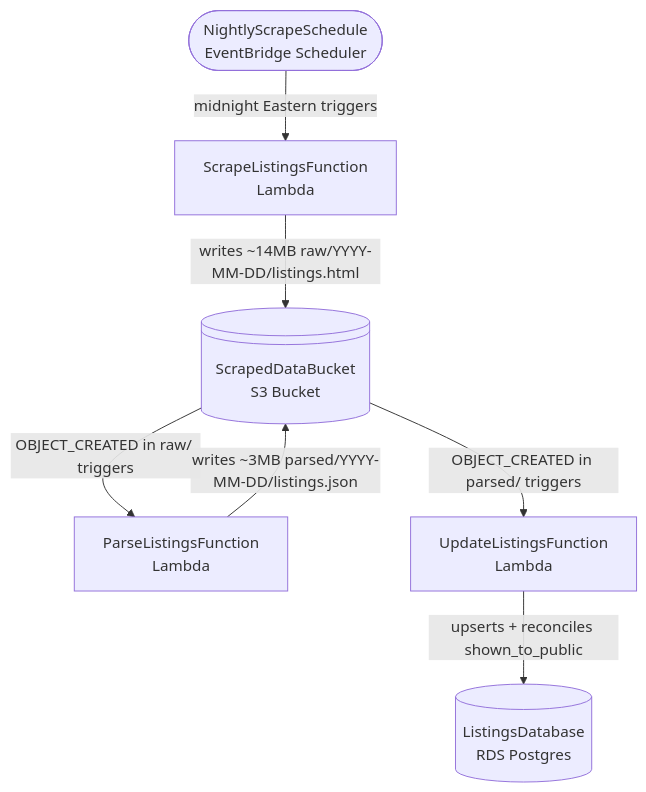
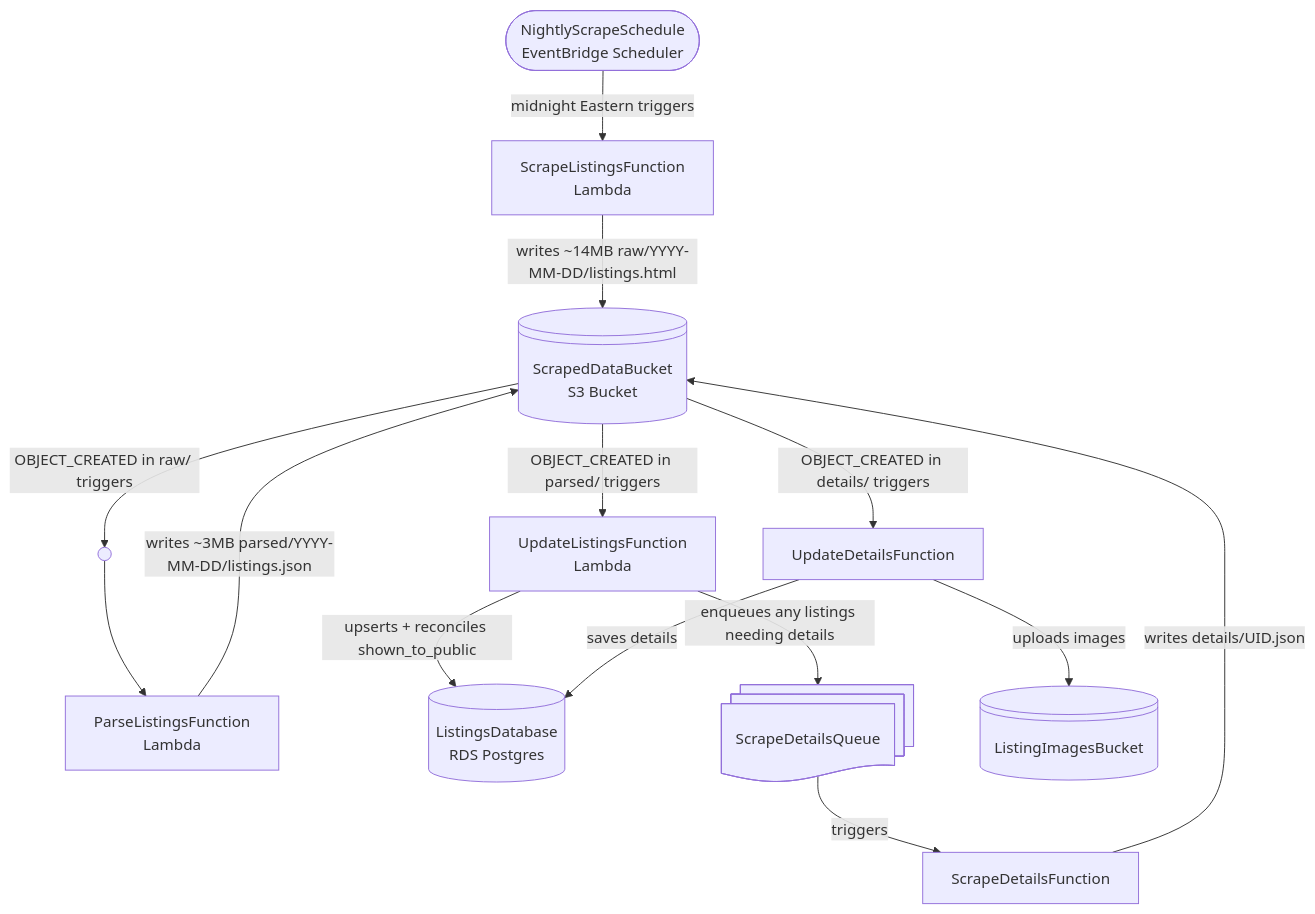
One commit to newjersey/tenant-access changed the first of 2 diagrams in README.md. Above: the diagram before and after it, drawn with Mermaid. The commit also changed other lines of this file and 95 other files, not shown here.

````diff
--- a/README.md
+++ b/README.md
@@ -90,22 +115,33 @@
 ```mermaid
 flowchart TD
     A@{ shape: stadium, label: "NightlyScrapeSchedule
     EventBridge Scheduler" }
     B@{ shape: rect, label: "ScrapeListingsFunction
     Lambda" }
     C@{ shape: lin-cyl, label: "ScrapedDataBucket
     S3 Bucket" }
     D@{ shape: rect, label: "ParseListingsFunction
     Lambda" }
     E@{ shape: rect, label: "UpdateListingsFunction
     Lambda" }
     F@{ shape: cyl, label: "ListingsDatabase
     RDS Postgres" }
+    G@{ shape: docs, label: "ScrapeDetailsQueue" }
+    H@{ shape: rect, label: "ScrapeDetailsFunction" }
+    I@{ shape: rect, label: "UpdateDetailsFunction" }
+    J@{ shape: lin-cyl, label: "ListingImagesBucket" }
+    K@{ shape: sm-circ }
 
     A --> |midnight Eastern triggers| B
     B --> |writes ~14MB raw/YYYY-MM-DD/listings.html| C
-    C --> |OBJECT_CREATED in raw/ triggers| D
+    C --> |OBJECT_CREATED in raw/ triggers| K --> D
     D --> |writes ~3MB parsed/YYYY-MM-DD/listings.json| C
     C --> |OBJECT_CREATED in parsed/ triggers| E
     E --> |upserts + reconciles shown_to_public| F
+    E --> |enqueues any listings needing details| G
+    G --> |triggers| H
+    H --> |writes details/UID.json| C
+    C --> |OBJECT_CREATED in details/ triggers| I
+    I --> |uploads images| J
+    I --> |saves details| F
 ```
````
